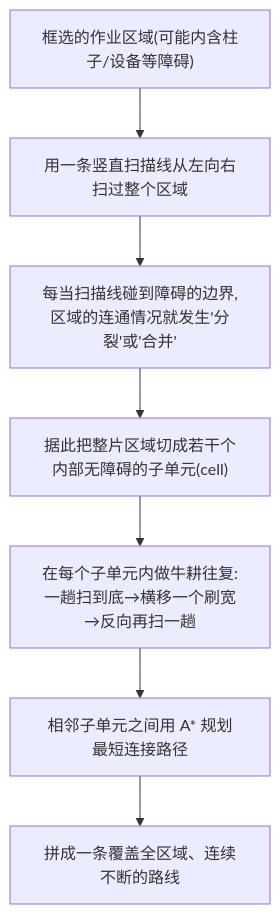
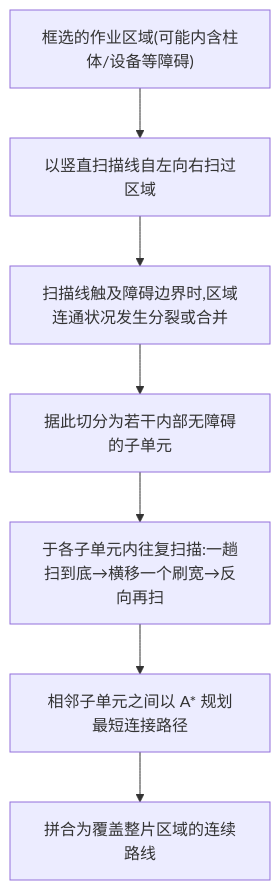
Before and after one commit to Drahann/OpenHarmonyCar: diagram 15 of 33 in 竞赛文档/作品设计文档.md, drawn with Mermaid. The commit also changed other lines of this file and 37 other files, not shown here.

````diff
--- a/竞赛文档/作品设计文档.md
+++ b/竞赛文档/作品设计文档.md
@@ -572,9 +535,9 @@
 ```mermaid
 flowchart TB
-  A["框选的作业区域(可能内含柱子/设备等障碍)"] --> B["用一条竖直扫描线从左向右扫过整个区域"]
-  B --> C["每当扫描线碰到障碍的边界,<br/>区域的连通情况就发生'分裂'或'合并'"]
-  C --> D["据此把整片区域切成若干个内部无障碍的子单元(cell)"]
-  D --> E["在每个子单元内做牛耕往复:<br/>一趟扫到底→横移一个刷宽→反向再扫一趟"]
-  E --> F["相邻子单元之间用 A* 规划最短连接路径"]
-  F --> G["拼成一条覆盖全区域、连续不断的路线"]
+  A["框选的作业区域(可能内含柱体/设备等障碍)"] --> B["以竖直扫描线自左向右扫过区域"]
+  B --> C["扫描线触及障碍边界时,区域连通状况发生分裂或合并"]
+  C --> D["据此切分为若干内部无障碍的子单元"]
+  D --> E["于各子单元内往复扫描:一趟扫到底→横移一个刷宽→反向再扫"]
+  E --> F["相邻子单元之间以 A* 规划最短连接路径"]
+  F --> G["拼合为覆盖整片区域的连续路线"]
 ```
````
